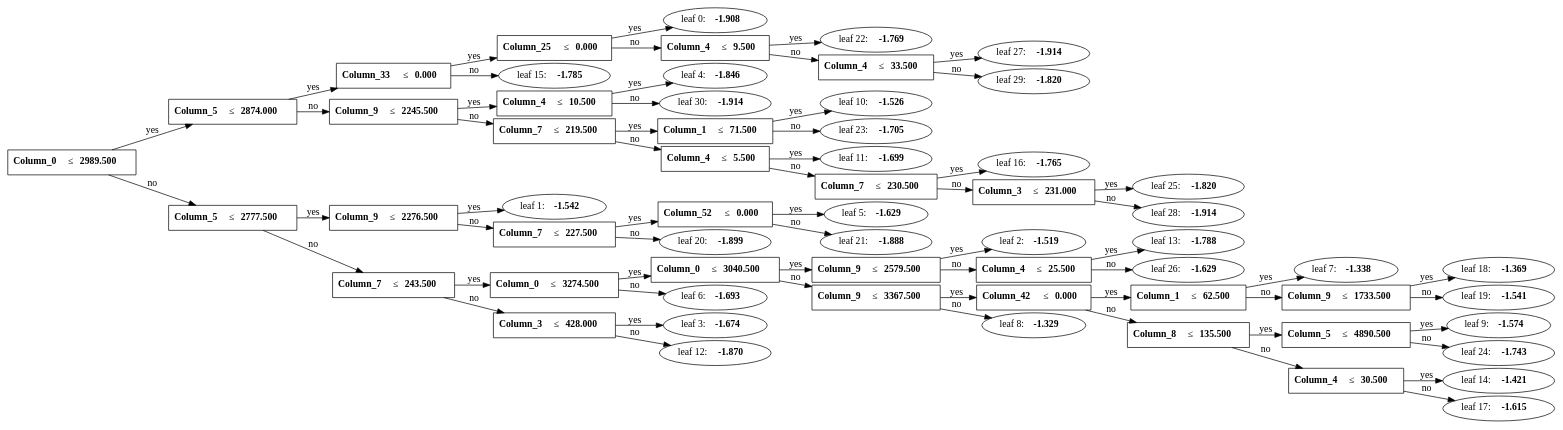
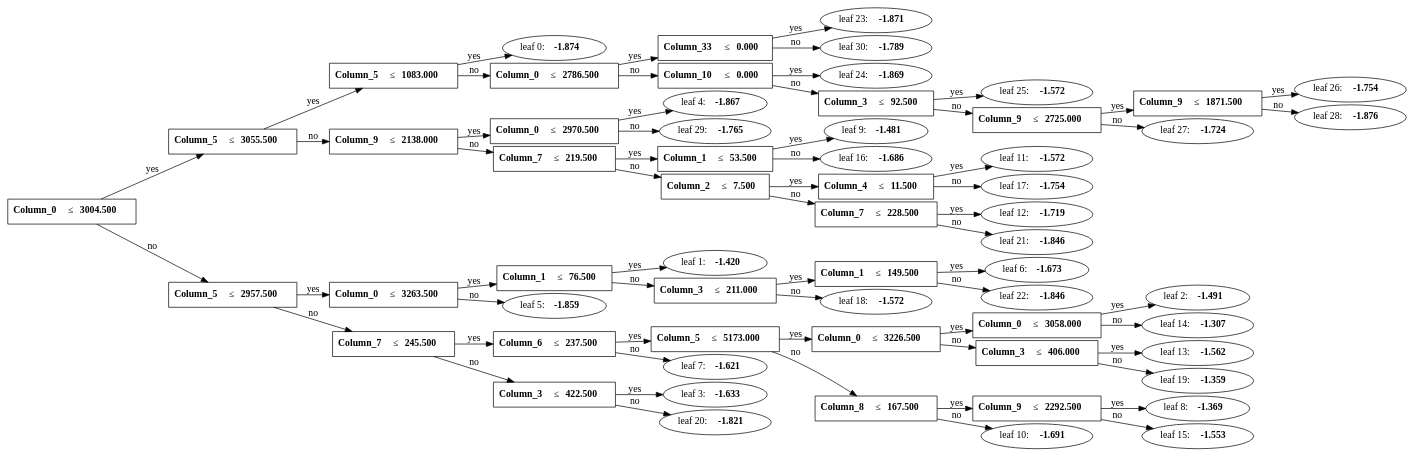
One commit to dcdmm/MLBase changed the diagram in I_Model/集成学习模型/提升算法_boosting/LightGBM_lightgbm/img_view.gv. Above: the diagram before and after it, drawn with Graphviz. The commit also changed 4 other files, not shown here.

```diff
--- a/I_Model/集成学习模型/提升算法_boosting/LightGBM_lightgbm/img_view.gv
+++ b/I_Model/集成学习模型/提升算法_boosting/LightGBM_lightgbm/img_view.gv
@@ -1,124 +1,124 @@
 digraph {
 	graph [nodesep=0.05 rankdir=LR ranksep=0.3]
-	split0 [label=<<B>Column_0</B> &#8804;<B>2989.500</B>> fillcolor=white shape=rectangle style=""]
-	split3 [label=<<B>Column_5</B> &#8804;<B>2874.000</B>> fillcolor=white shape=rectangle style=""]
-	split14 [label=<<B>Column_33</B> &#8804;<B>0.000</B>> fillcolor=white shape=rectangle style=""]
-	split21 [label=<<B>Column_25</B> &#8804;<B>0.000</B>> fillcolor=white shape=rectangle style=""]
-	leaf0 [label=<leaf 0: <B>-1.908</B>>]
-	split21 -> leaf0 [label=yes]
-	split26 [label=<<B>Column_4</B> &#8804;<B>9.500</B>> fillcolor=white shape=rectangle style=""]
-	leaf22 [label=<leaf 22: <B>-1.769</B>>]
-	split26 -> leaf22 [label=yes]
-	split28 [label=<<B>Column_4</B> &#8804;<B>33.500</B>> fillcolor=white shape=rectangle style=""]
-	leaf27 [label=<leaf 27: <B>-1.914</B>>]
-	split28 -> leaf27 [label=yes]
-	leaf29 [label=<leaf 29: <B>-1.820</B>>]
+	split0 [label=<<B>Column_0</B> &#8804;<B>3004.500</B>> fillcolor=white shape=rectangle style=""]
+	split3 [label=<<B>Column_5</B> &#8804;<B>3055.500</B>> fillcolor=white shape=rectangle style=""]
+	split22 [label=<<B>Column_5</B> &#8804;<B>1083.000</B>> fillcolor=white shape=rectangle style=""]
+	leaf0 [label=<leaf 0: <B>-1.874</B>>]
+	split22 -> leaf0 [label=yes]
+	split23 [label=<<B>Column_0</B> &#8804;<B>2786.500</B>> fillcolor=white shape=rectangle style=""]
+	split29 [label=<<B>Column_33</B> &#8804;<B>0.000</B>> fillcolor=white shape=rectangle style=""]
+	leaf23 [label=<leaf 23: <B>-1.871</B>>]
+	split29 -> leaf23 [label=yes]
+	leaf30 [label=<leaf 30: <B>-1.789</B>>]
+	split29 -> leaf30 [label=no]
+	split23 -> split29 [label=yes]
+	split24 [label=<<B>Column_10</B> &#8804;<B>0.000</B>> fillcolor=white shape=rectangle style=""]
+	leaf24 [label=<leaf 24: <B>-1.869</B>>]
+	split24 -> leaf24 [label=yes]
+	split25 [label=<<B>Column_3</B> &#8804;<B>92.500</B>> fillcolor=white shape=rectangle style=""]
+	leaf25 [label=<leaf 25: <B>-1.572</B>>]
+	split25 -> leaf25 [label=yes]
+	split26 [label=<<B>Column_9</B> &#8804;<B>2725.000</B>> fillcolor=white shape=rectangle style=""]
+	split27 [label=<<B>Column_9</B> &#8804;<B>1871.500</B>> fillcolor=white shape=rectangle style=""]
+	leaf26 [label=<leaf 26: <B>-1.754</B>>]
+	split27 -> leaf26 [label=yes]
+	leaf28 [label=<leaf 28: <B>-1.876</B>>]
+	split27 -> leaf28 [label=no]
+	split26 -> split27 [label=yes]
+	leaf27 [label=<leaf 27: <B>-1.724</B>>]
+	split26 -> leaf27 [label=no]
+	split25 -> split26 [label=no]
+	split24 -> split25 [label=no]
+	split23 -> split24 [label=no]
+	split22 -> split23 [label=no]
+	split3 -> split22 [label=yes]
+	split8 [label=<<B>Column_9</B> &#8804;<B>2138.000</B>> fillcolor=white shape=rectangle style=""]
+	split28 [label=<<B>Column_0</B> &#8804;<B>2970.500</B>> fillcolor=white shape=rectangle style=""]
+	leaf4 [label=<leaf 4: <B>-1.867</B>>]
+	split28 -> leaf4 [label=yes]
+	leaf29 [label=<leaf 29: <B>-1.765</B>>]
 	split28 -> leaf29 [label=no]
-	split26 -> split28 [label=no]
-	split21 -> split26 [label=no]
-	split14 -> split21 [label=yes]
-	leaf15 [label=<leaf 15: <B>-1.785</B>>]
+	split8 -> split28 [label=yes]
+	split10 [label=<<B>Column_7</B> &#8804;<B>219.500</B>> fillcolor=white shape=rectangle style=""]
+	split15 [label=<<B>Column_1</B> &#8804;<B>53.500</B>> fillcolor=white shape=rectangle style=""]
+	leaf9 [label=<leaf 9: <B>-1.481</B>>]
+	split15 -> leaf9 [label=yes]
+	leaf16 [label=<leaf 16: <B>-1.686</B>>]
+	split15 -> leaf16 [label=no]
+	split10 -> split15 [label=yes]
+	split11 [label=<<B>Column_2</B> &#8804;<B>7.500</B>> fillcolor=white shape=rectangle style=""]
+	split16 [label=<<B>Column_4</B> &#8804;<B>11.500</B>> fillcolor=white shape=rectangle style=""]
+	leaf11 [label=<leaf 11: <B>-1.572</B>>]
+	split16 -> leaf11 [label=yes]
+	leaf17 [label=<leaf 17: <B>-1.754</B>>]
+	split16 -> leaf17 [label=no]
+	split11 -> split16 [label=yes]
+	split20 [label=<<B>Column_7</B> &#8804;<B>228.500</B>> fillcolor=white shape=rectangle style=""]
+	leaf12 [label=<leaf 12: <B>-1.719</B>>]
+	split20 -> leaf12 [label=yes]
+	leaf21 [label=<leaf 21: <B>-1.846</B>>]
+	split20 -> leaf21 [label=no]
+	split11 -> split20 [label=no]
+	split10 -> split11 [label=no]
+	split8 -> split10 [label=no]
+	split3 -> split8 [label=no]
+	split0 -> split3 [label=yes]
+	split1 [label=<<B>Column_5</B> &#8804;<B>2957.500</B>> fillcolor=white shape=rectangle style=""]
+	split4 [label=<<B>Column_0</B> &#8804;<B>3263.500</B>> fillcolor=white shape=rectangle style=""]
+	split5 [label=<<B>Column_1</B> &#8804;<B>76.500</B>> fillcolor=white shape=rectangle style=""]
+	leaf1 [label=<leaf 1: <B>-1.420</B>>]
+	split5 -> leaf1 [label=yes]
+	split17 [label=<<B>Column_3</B> &#8804;<B>211.000</B>> fillcolor=white shape=rectangle style=""]
+	split21 [label=<<B>Column_1</B> &#8804;<B>149.500</B>> fillcolor=white shape=rectangle style=""]
+	leaf6 [label=<leaf 6: <B>-1.673</B>>]
+	split21 -> leaf6 [label=yes]
+	leaf22 [label=<leaf 22: <B>-1.846</B>>]
+	split21 -> leaf22 [label=no]
+	split17 -> split21 [label=yes]
+	leaf18 [label=<leaf 18: <B>-1.572</B>>]
+	split17 -> leaf18 [label=no]
+	split5 -> split17 [label=no]
+	split4 -> split5 [label=yes]
+	leaf5 [label=<leaf 5: <B>-1.859</B>>]
+	split4 -> leaf5 [label=no]
+	split1 -> split4 [label=yes]
+	split2 [label=<<B>Column_7</B> &#8804;<B>245.500</B>> fillcolor=white shape=rectangle style=""]
+	split6 [label=<<B>Column_6</B> &#8804;<B>237.500</B>> fillcolor=white shape=rectangle style=""]
+	split7 [label=<<B>Column_5</B> &#8804;<B>5173.000</B>> fillcolor=white shape=rectangle style=""]
+	split12 [label=<<B>Column_0</B> &#8804;<B>3226.500</B>> fillcolor=white shape=rectangle style=""]
+	split13 [label=<<B>Column_0</B> &#8804;<B>3058.000</B>> fillcolor=white shape=rectangle style=""]
+	leaf2 [label=<leaf 2: <B>-1.491</B>>]
+	split13 -> leaf2 [label=yes]
+	leaf14 [label=<leaf 14: <B>-1.307</B>>]
+	split13 -> leaf14 [label=no]
+	split12 -> split13 [label=yes]
+	split18 [label=<<B>Column_3</B> &#8804;<B>406.000</B>> fillcolor=white shape=rectangle style=""]
+	leaf13 [label=<leaf 13: <B>-1.562</B>>]
+	split18 -> leaf13 [label=yes]
+	leaf19 [label=<leaf 19: <B>-1.359</B>>]
+	split18 -> leaf19 [label=no]
+	split12 -> split18 [label=no]
+	split7 -> split12 [label=yes]
+	split9 [label=<<B>Column_8</B> &#8804;<B>167.500</B>> fillcolor=white shape=rectangle style=""]
+	split14 [label=<<B>Column_9</B> &#8804;<B>2292.500</B>> fillcolor=white shape=rectangle style=""]
+	leaf8 [label=<leaf 8: <B>-1.369</B>>]
+	split14 -> leaf8 [label=yes]
+	leaf15 [label=<leaf 15: <B>-1.553</B>>]
 	split14 -> leaf15 [label=no]
-	split3 -> split14 [label=yes]
-	split9 [label=<<B>Column_9</B> &#8804;<B>2245.500</B>> fillcolor=white shape=rectangle style=""]
-	split29 [label=<<B>Column_4</B> &#8804;<B>10.500</B>> fillcolor=white shape=rectangle style=""]
-	leaf4 [label=<leaf 4: <B>-1.846</B>>]
-	split29 -> leaf4 [label=yes]
-	leaf30 [label=<leaf 30: <B>-1.914</B>>]
-	split29 -> leaf30 [label=no]
-	split9 -> split29 [label=yes]
-	split10 [label=<<B>Column_7</B> &#8804;<B>219.500</B>> fillcolor=white shape=rectangle style=""]
-	split22 [label=<<B>Column_1</B> &#8804;<B>71.500</B>> fillcolor=white shape=rectangle style=""]
-	leaf10 [label=<leaf 10: <B>-1.526</B>>]
-	split22 -> leaf10 [label=yes]
-	leaf23 [label=<leaf 23: <B>-1.705</B>>]
-	split22 -> leaf23 [label=no]
-	split10 -> split22 [label=yes]
-	split15 [label=<<B>Column_4</B> &#8804;<B>5.500</B>> fillcolor=white shape=rectangle style=""]
-	leaf11 [label=<leaf 11: <B>-1.699</B>>]
-	split15 -> leaf11 [label=yes]
-	split24 [label=<<B>Column_7</B> &#8804;<B>230.500</B>> fillcolor=white shape=rectangle style=""]
-	leaf16 [label=<leaf 16: <B>-1.765</B>>]
-	split24 -> leaf16 [label=yes]
-	split27 [label=<<B>Column_3</B> &#8804;<B>231.000</B>> fillcolor=white shape=rectangle style=""]
-	leaf25 [label=<leaf 25: <B>-1.820</B>>]
-	split27 -> leaf25 [label=yes]
-	leaf28 [label=<leaf 28: <B>-1.914</B>>]
-	split27 -> leaf28 [label=no]
-	split24 -> split27 [label=no]
-	split15 -> split24 [label=no]
-	split10 -> split15 [label=no]
-	split9 -> split10 [label=no]
-	split3 -> split9 [label=no]
-	split0 -> split3 [label=yes]
-	split1 [label=<<B>Column_5</B> &#8804;<B>2777.500</B>> fillcolor=white shape=rectangle style=""]
-	split4 [label=<<B>Column_9</B> &#8804;<B>2276.500</B>> fillcolor=white shape=rectangle style=""]
-	leaf1 [label=<leaf 1: <B>-1.542</B>>]
-	split4 -> leaf1 [label=yes]
-	split19 [label=<<B>Column_7</B> &#8804;<B>227.500</B>> fillcolor=white shape=rectangle style=""]
-	split20 [label=<<B>Column_52</B> &#8804;<B>0.000</B>> fillcolor=white shape=rectangle style=""]
-	leaf5 [label=<leaf 5: <B>-1.629</B>>]
-	split20 -> leaf5 [label=yes]
-	leaf21 [label=<leaf 21: <B>-1.888</B>>]
-	split20 -> leaf21 [label=no]
-	split19 -> split20 [label=yes]
-	leaf20 [label=<leaf 20: <B>-1.899</B>>]
+	split9 -> split14 [label=yes]
+	leaf10 [label=<leaf 10: <B>-1.691</B>>]
+	split9 -> leaf10 [label=no]
+	split7 -> split9 [label=no]
+	split6 -> split7 [label=yes]
+	leaf7 [label=<leaf 7: <B>-1.621</B>>]
+	split6 -> leaf7 [label=no]
+	split2 -> split6 [label=yes]
+	split19 [label=<<B>Column_3</B> &#8804;<B>422.500</B>> fillcolor=white shape=rectangle style=""]
+	leaf3 [label=<leaf 3: <B>-1.633</B>>]
+	split19 -> leaf3 [label=yes]
+	leaf20 [label=<leaf 20: <B>-1.821</B>>]
 	split19 -> leaf20 [label=no]
-	split4 -> split19 [label=no]
-	split1 -> split4 [label=yes]
-	split2 [label=<<B>Column_7</B> &#8804;<B>243.500</B>> fillcolor=white shape=rectangle style=""]
-	split5 [label=<<B>Column_0</B> &#8804;<B>3274.500</B>> fillcolor=white shape=rectangle style=""]
-	split6 [label=<<B>Column_0</B> &#8804;<B>3040.500</B>> fillcolor=white shape=rectangle style=""]
-	split12 [label=<<B>Column_9</B> &#8804;<B>2579.500</B>> fillcolor=white shape=rectangle style=""]
-	leaf2 [label=<leaf 2: <B>-1.519</B>>]
-	split12 -> leaf2 [label=yes]
-	split25 [label=<<B>Column_4</B> &#8804;<B>25.500</B>> fillcolor=white shape=rectangle style=""]
-	leaf13 [label=<leaf 13: <B>-1.788</B>>]
-	split25 -> leaf13 [label=yes]
-	leaf26 [label=<leaf 26: <B>-1.629</B>>]
-	split25 -> leaf26 [label=no]
-	split12 -> split25 [label=no]
-	split6 -> split12 [label=yes]
-	split7 [label=<<B>Column_9</B> &#8804;<B>3367.500</B>> fillcolor=white shape=rectangle style=""]
-	split8 [label=<<B>Column_42</B> &#8804;<B>0.000</B>> fillcolor=white shape=rectangle style=""]
-	split17 [label=<<B>Column_1</B> &#8804;<B>62.500</B>> fillcolor=white shape=rectangle style=""]
-	leaf7 [label=<leaf 7: <B>-1.338</B>>]
-	split17 -> leaf7 [label=yes]
-	split18 [label=<<B>Column_9</B> &#8804;<B>1733.500</B>> fillcolor=white shape=rectangle style=""]
-	leaf18 [label=<leaf 18: <B>-1.369</B>>]
-	split18 -> leaf18 [label=yes]
-	leaf19 [label=<leaf 19: <B>-1.541</B>>]
-	split18 -> leaf19 [label=no]
-	split17 -> split18 [label=no]
-	split8 -> split17 [label=yes]
-	split13 [label=<<B>Column_8</B> &#8804;<B>135.500</B>> fillcolor=white shape=rectangle style=""]
-	split23 [label=<<B>Column_5</B> &#8804;<B>4890.500</B>> fillcolor=white shape=rectangle style=""]
-	leaf9 [label=<leaf 9: <B>-1.574</B>>]
-	split23 -> leaf9 [label=yes]
-	leaf24 [label=<leaf 24: <B>-1.743</B>>]
-	split23 -> leaf24 [label=no]
-	split13 -> split23 [label=yes]
-	split16 [label=<<B>Column_4</B> &#8804;<B>30.500</B>> fillcolor=white shape=rectangle style=""]
-	leaf14 [label=<leaf 14: <B>-1.421</B>>]
-	split16 -> leaf14 [label=yes]
-	leaf17 [label=<leaf 17: <B>-1.615</B>>]
-	split16 -> leaf17 [label=no]
-	split13 -> split16 [label=no]
-	split8 -> split13 [label=no]
-	split7 -> split8 [label=yes]
-	leaf8 [label=<leaf 8: <B>-1.329</B>>]
-	split7 -> leaf8 [label=no]
-	split6 -> split7 [label=no]
-	split5 -> split6 [label=yes]
-	leaf6 [label=<leaf 6: <B>-1.693</B>>]
-	split5 -> leaf6 [label=no]
-	split2 -> split5 [label=yes]
-	split11 [label=<<B>Column_3</B> &#8804;<B>428.000</B>> fillcolor=white shape=rectangle style=""]
-	leaf3 [label=<leaf 3: <B>-1.674</B>>]
-	split11 -> leaf3 [label=yes]
-	leaf12 [label=<leaf 12: <B>-1.870</B>>]
-	split11 -> leaf12 [label=no]
-	split2 -> split11 [label=no]
+	split2 -> split19 [label=no]
 	split1 -> split2 [label=no]
 	split0 -> split1 [label=no]
 }
```
